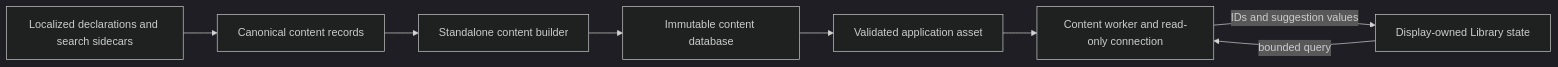
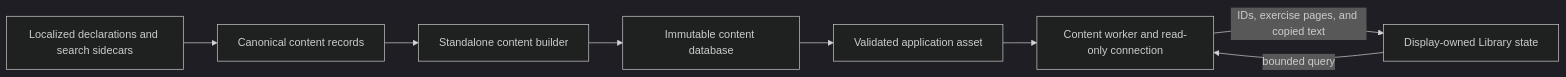
One commit to derekshoneycutt/Euclid changed the third of 5 diagrams in docs/wiki/Guides/Sqlite3.md. Above: the diagram before and after it, drawn with Mermaid (dark theme). The commit also changed other lines of this file and 77 other files, not shown here.

````diff
--- a/docs/wiki/Guides/Sqlite3.md
+++ b/docs/wiki/Guides/Sqlite3.md
@@ -194,14 +212,14 @@
 ```mermaid
 flowchart LR
     Julia[Localized declarations and search sidecars]
     Export[Canonical content records]
     Builder[Standalone content builder]
     Packaged[Immutable content database]
     Asset[Validated application asset]
     Worker[Content worker and read-only connection]
     Display[Display-owned Library state]
 
     Julia --> Export --> Builder --> Packaged --> Asset --> Worker
     Display -->|bounded query| Worker
-    Worker -->|IDs and suggestion values| Display
+    Worker -->|IDs, exercise pages, and copied text| Display
 ```
````
